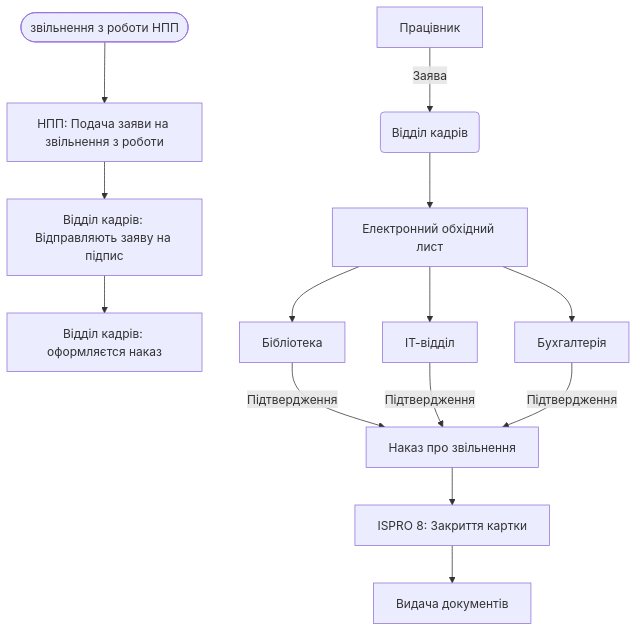
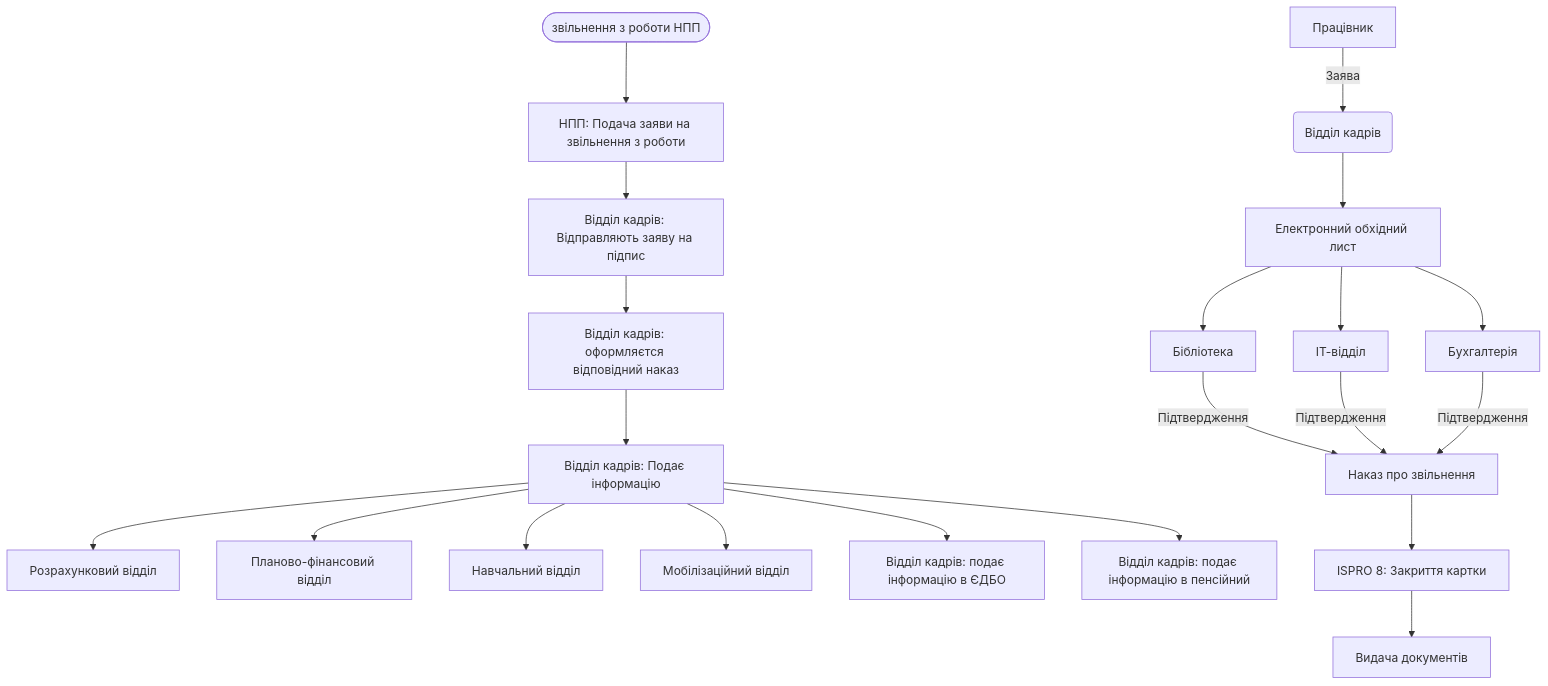
One commit to lisnayk/hr-workflows changed the diagram in processes/offboarding/requirements.md. Above: the diagram before and after it, drawn with Mermaid.

````diff
--- a/processes/offboarding/requirements.md
+++ b/processes/offboarding/requirements.md
@@ -26,15 +26,23 @@
 ```mermaid
 flowchart TB
     TITLE(["звільнення з роботи НПП"])
     TITLE --> APPLICATION["НПП: Подача заяви на звільнення з роботи"]
     APPLICATION --> R1["Відділ кадрів: Відправляють заяву на підпис"]
-    R1 --> A1["Відділ кадрів: оформляєтся наказ"]
+    R1 --> A1["Відділ кадрів: оформляєтся відповідний наказ"]
+    A1 --> A2["Відділ кадрів: Подає інформацію"]
+
+    A2 --> V1["Розрахунковий відділ"]
+    A2 --> V2["Планово-фінансовий відділ"]
+    A2 --> V3["Навчальний відділ"]
+    A2 --> V4["Мобілізаційний відділ"]
+    A2 --> V5["Відділ кадрів: подає інформацію в ЄДБО"]
+    A2 --> V6["Відділ кадрів: подає інформацію в пенсійний"]
     A[Працівник] -->|Заява| B(Відділ кадрів)
     B --> C[Електронний обхідний лист]
     C --> D1[Бібліотека]
     C --> D2[ІТ-відділ]
     C --> D3[Бухгалтерія]
     D1 & D2 & D3 -->|Підтвердження| E[Наказ про звільнення]
     E --> F[ISPRO 8: Закриття картки]
     F --> G[Видача документів]
 ```
````
